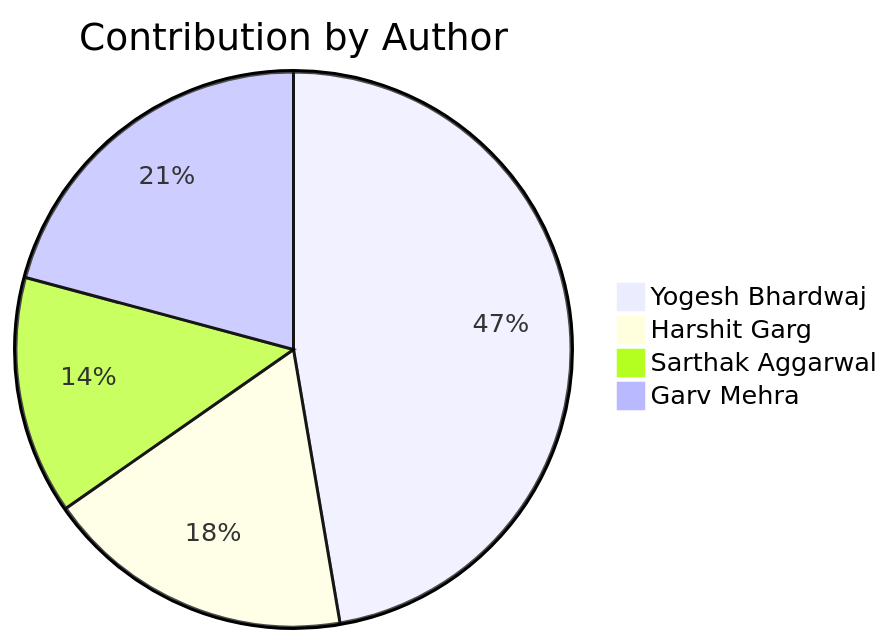
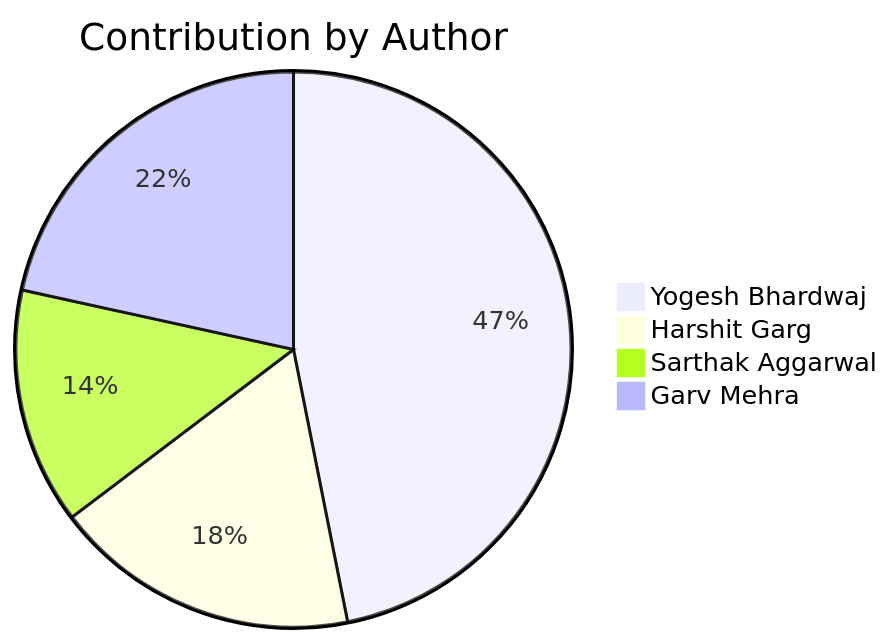
Before and after one commit to Yogesh-Bhardwaj-hue/Scm-Final_2.0: the second of 2 diagrams in README.md, drawn with Mermaid. The commit also changed other lines of this file, not shown here.

Commit message:
Update contribution charts

````diff
--- a/README.md
+++ b/README.md
@@ -220,7 +220,7 @@
 ```mermaid
 pie title Contribution by Author
     "Yogesh Bhardwaj": 150
     "Harshit Garg": 57
     "Sarthak Aggarwal": 44
-    "Garv Mehra": 66
+    "Garv Mehra": 69
 ```
````
